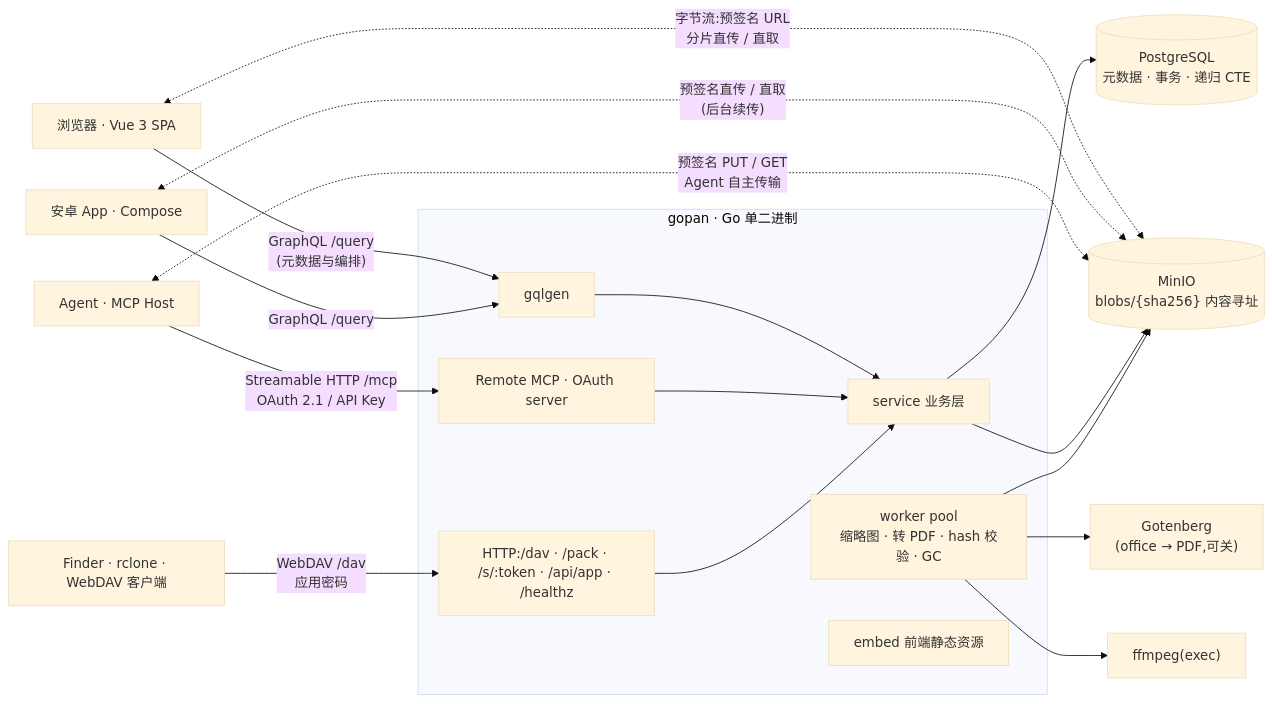
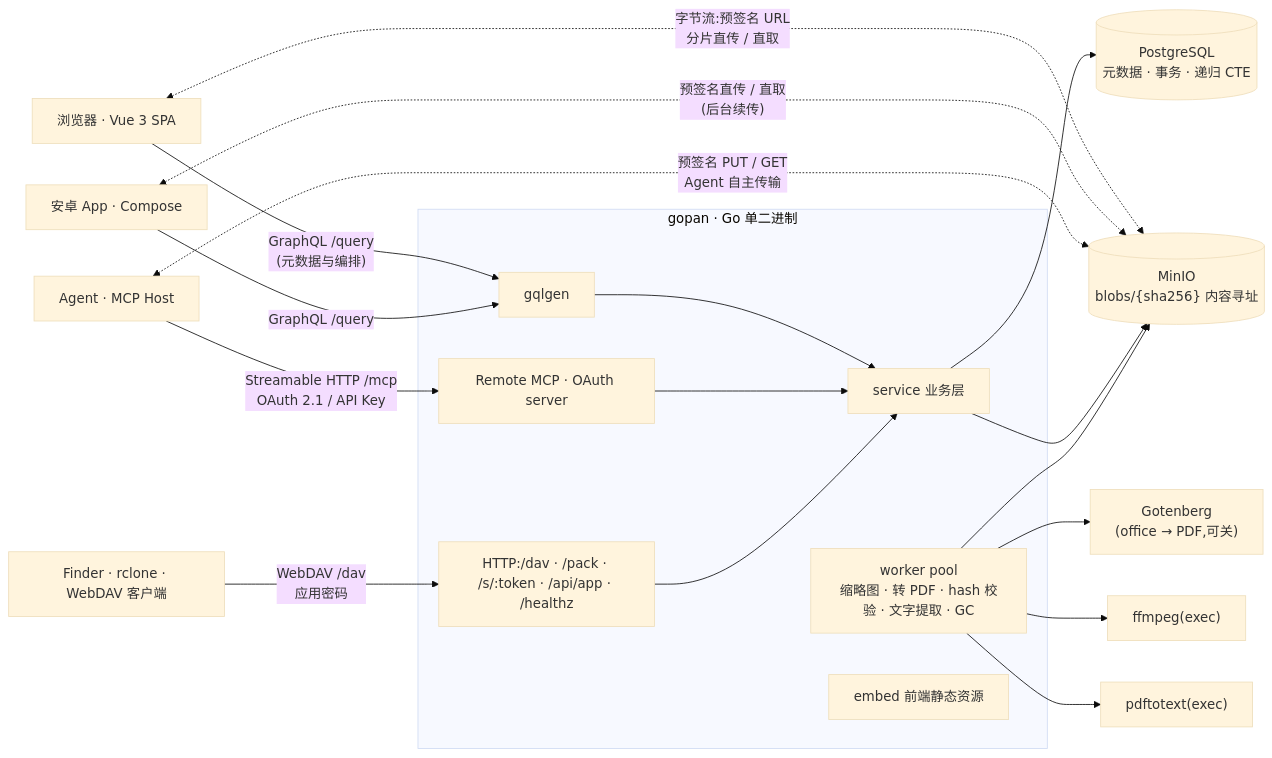
Before and after one commit to yophon/gopan: the diagram in README.md, drawn with Mermaid (base theme). The commit also changed other lines of this file and 2 other files, not shown here.

Commit message:
docs: v3.2 里程碑、README;doc/20 记下生产实测

````diff
--- a/README.md
+++ b/README.md
@@ -26,25 +26,26 @@
 ```mermaid
 flowchart LR
     Browser["浏览器 · Vue 3 SPA"]
     Browser -- "GraphQL /query<br/>(元数据与编排)" --> GQL
     Browser <-. "字节流:预签名 URL<br/>分片直传 / 直取" .-> MinIO
     Android["安卓 App · Compose"] -- "GraphQL /query" --> GQL
     Android <-. "预签名直传 / 直取<br/>(后台续传)" .-> MinIO
     Agent["Agent · MCP Host"] -- "Streamable HTTP /mcp<br/>OAuth 2.1 / API Key" --> MCP
     Agent <-. "预签名 PUT / GET<br/>Agent 自主传输" .-> MinIO
     DAV["Finder · rclone · WebDAV 客户端"] -- "WebDAV /dav<br/>应用密码" --> REST
 
     subgraph Gopan["gopan · Go 单二进制"]
         GQL["gqlgen"] --> Service["service 业务层"]
         MCP["Remote MCP · OAuth server"] --> Service
         REST["HTTP:/dav · /pack · /s/:token · /api/app · /healthz"] --> Service
-        Worker["worker pool<br/>缩略图 · 转 PDF · hash 校验 · GC"]
+        Worker["worker pool<br/>缩略图 · 转 PDF · hash 校验 · 文字提取 · GC"]
         Embed["embed 前端静态资源"]
     end
 
     Service --> PG[("PostgreSQL<br/>元数据 · 事务 · 递归 CTE")]
     Service --> MinIO[("MinIO<br/>blobs/{sha256} 内容寻址")]
     Worker --> MinIO
     Worker --> GT["Gotenberg<br/>(office → PDF,可关)"]
     Worker --> FF["ffmpeg(exec)"]
+    Worker --> PT["pdftotext(exec)"]
 ```
````
